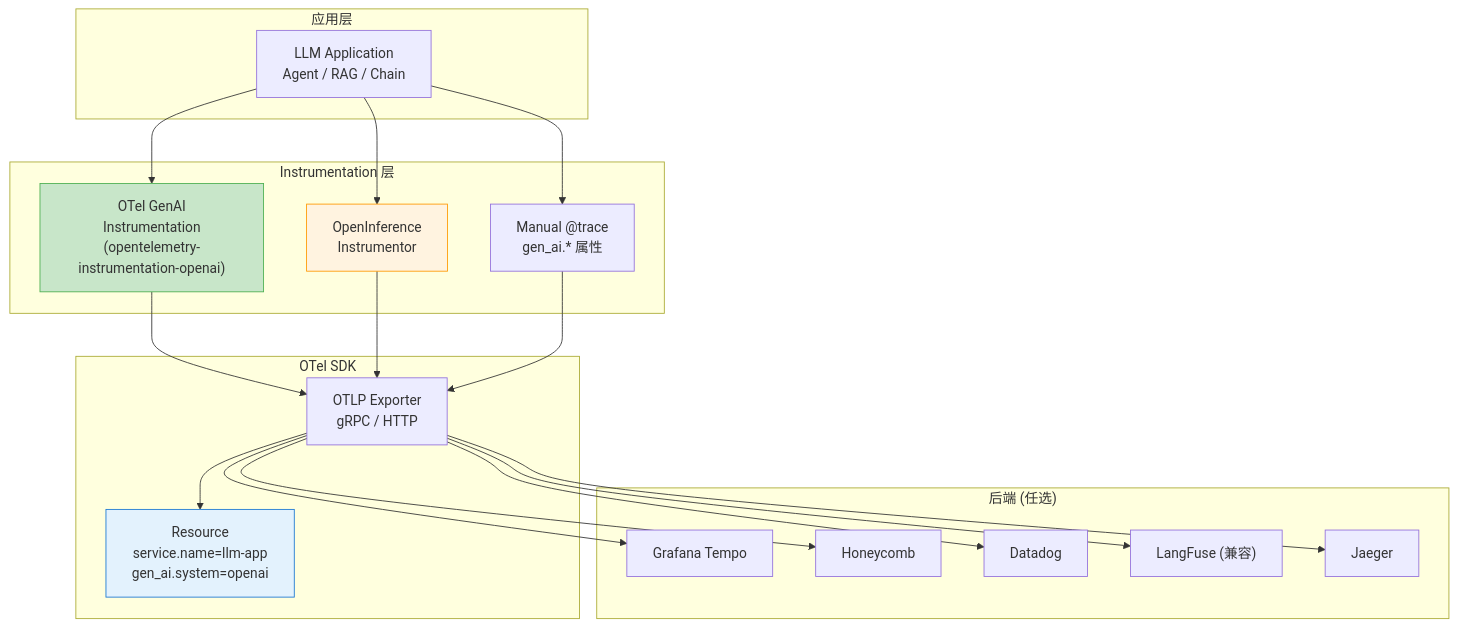
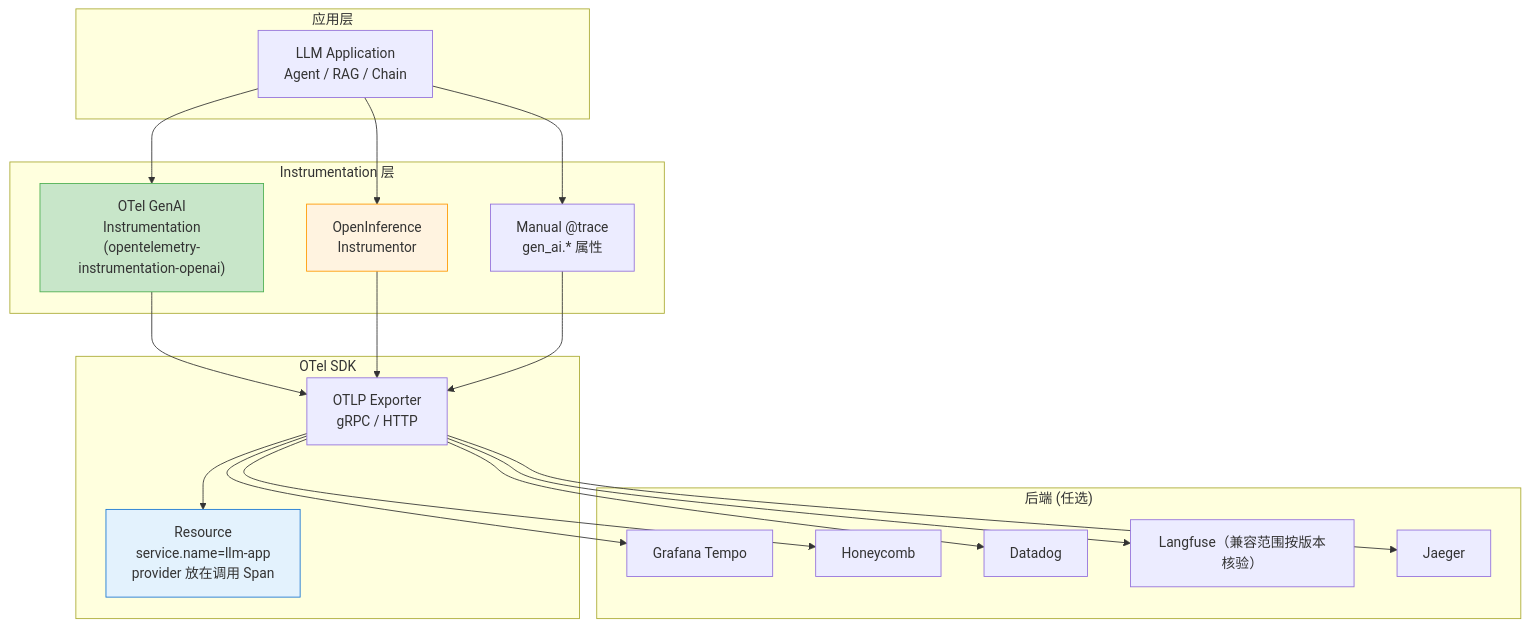
The ninth of 11 diagrams in 20_LLMOps与模型可观测性.md (BeefWrap4/LLM-Knowledge-Base), drawn with Mermaid before and after one commit. The commit also changed other lines of this file and 454 other files, not shown here.

````diff
--- a/20_LLMOps与模型可观测性.md
+++ b/20_LLMOps与模型可观测性.md
@@ -2849,42 +2542,42 @@
 ```mermaid
 graph TD
     subgraph "应用层"
         APP["LLM Application<br/>Agent / RAG / Chain"]
     end
     
     subgraph "Instrumentation 层"
         OTI["OTel GenAI<br/>Instrumentation<br/>(opentelemetry-instrumentation-openai)"]
         OIF["OpenInference<br/>Instrumentor"]
         MANUAL["Manual @trace<br/>gen_ai.* 属性"]
     end
     
     subgraph "OTel SDK"
         EXP["OTLP Exporter<br/>gRPC / HTTP"]
-        RES["Resource<br/>service.name=llm-app<br/>gen_ai.system=openai"]
+        RES["Resource<br/>service.name=llm-app<br/>provider 放在调用 Span"]
     end
     
     subgraph "后端 (任选)"
         TEMPO["Grafana Tempo"]
         HONEY["Honeycomb"]
         DD["Datadog"]
-        LF["LangFuse (兼容)"]
+        LF["Langfuse（兼容范围按版本核验）"]
         JAEGER["Jaeger"]
     end
     
     APP --> OTI
     APP --> OIF
     APP --> MANUAL
     OTI --> EXP
     OIF --> EXP
     MANUAL --> EXP
     EXP --> RES
     EXP --> TEMPO
     EXP --> HONEY
     EXP --> DD
     EXP --> LF
     EXP --> JAEGER
     
     style OTI fill:#c8e6c9,stroke:#4caf50
     style OIF fill:#fff3e0,stroke:#ff9800
     style RES fill:#e3f2fd,stroke:#1976d2
 ```
````
